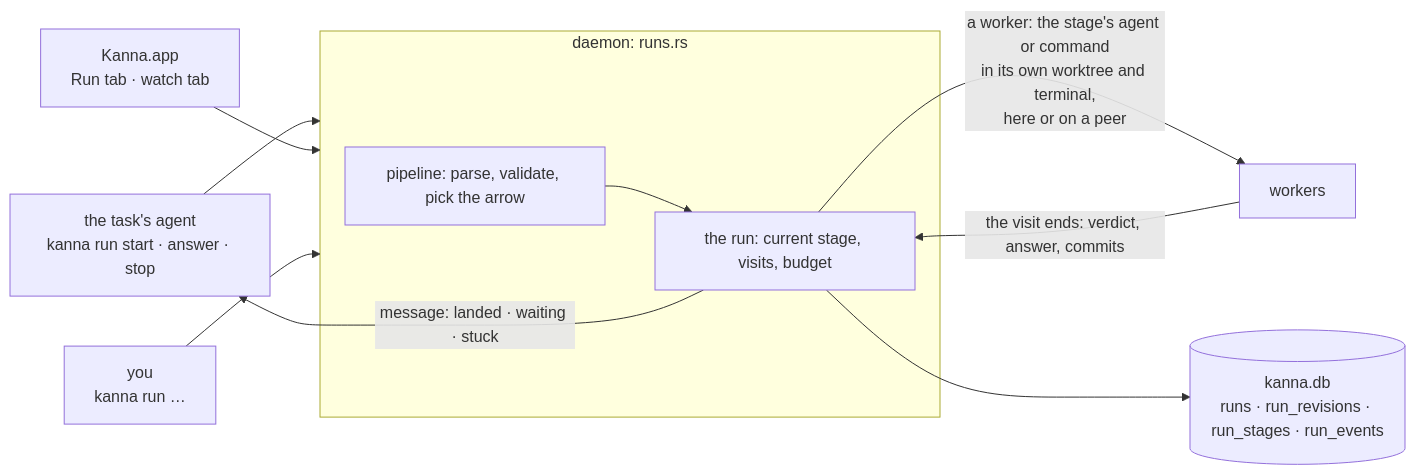
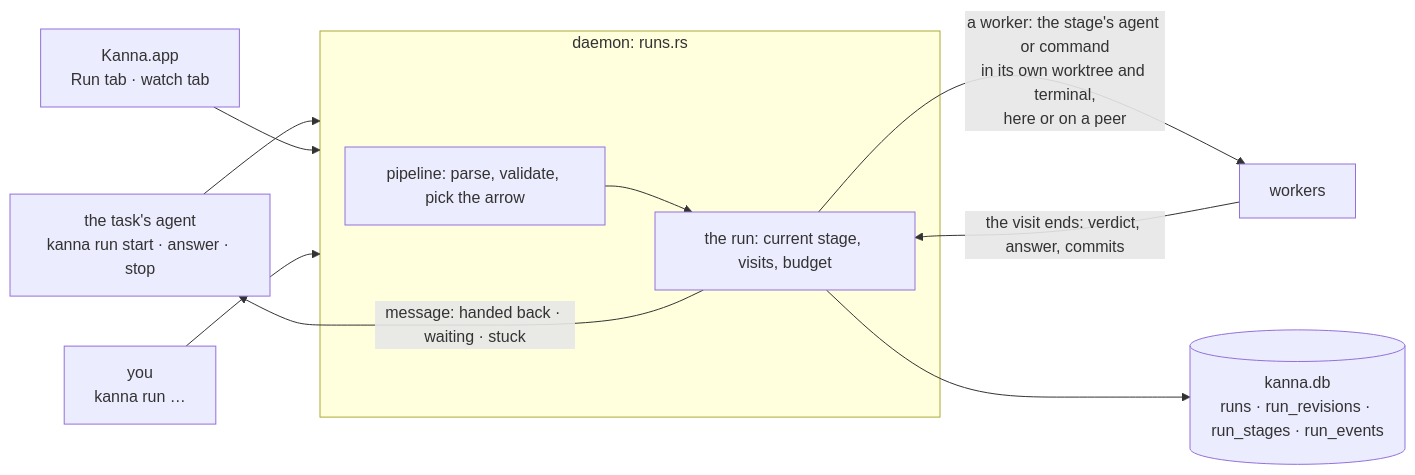
Before and after one commit to tampopogk/kanna: the second of 5 diagrams in docs/specs/software-factory.md, drawn with Mermaid. The commit also changed other lines of this file and 17 other files, not shown here.

Commit message:
A run never merges to main: it hands back to the task's worktree, the gate before main; merge main leaves the language

````diff
--- a/docs/specs/software-factory.md
+++ b/docs/specs/software-factory.md
@@ -47,15 +47,15 @@
 ```mermaid
 flowchart LR
     A["the task's agent<br/>kanna run start · answer · stop"] --> D
     APP["Kanna.app<br/>Run tab · watch tab"] --> D
     U["you<br/>kanna run …"] --> D
     subgraph D["daemon: runs.rs"]
         PIPE["pipeline: parse, validate, pick the arrow"]
         RUN["the run: current stage, visits, budget"]
         PIPE --> RUN
     end
     RUN -->|"a worker: the stage's agent or command<br/>in its own worktree and terminal,<br/>here or on a peer"| W["workers"]
     W -->|"the visit ends: verdict, answer, commits"| RUN
-    RUN -->|"message: landed · waiting · stuck"| A
+    RUN -->|"message: handed back · waiting · stuck"| A
     RUN --> DB[("kanna.db<br/>runs · run_revisions · run_stages · run_events")]
 ```
````
